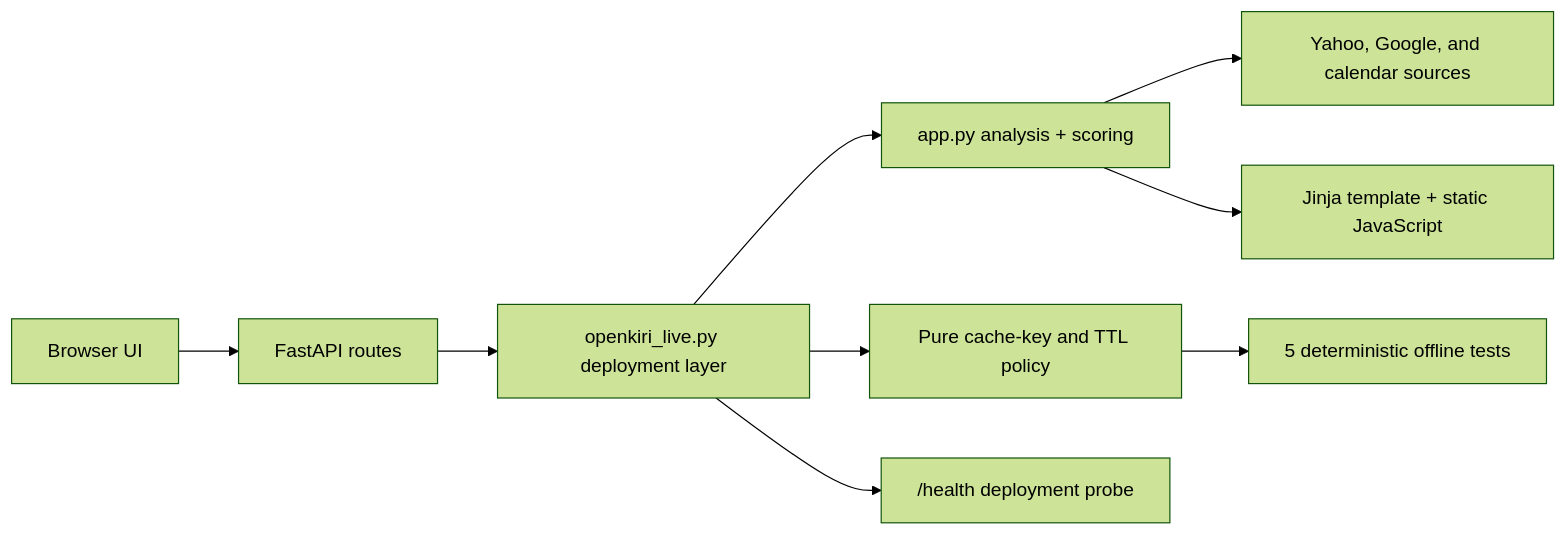
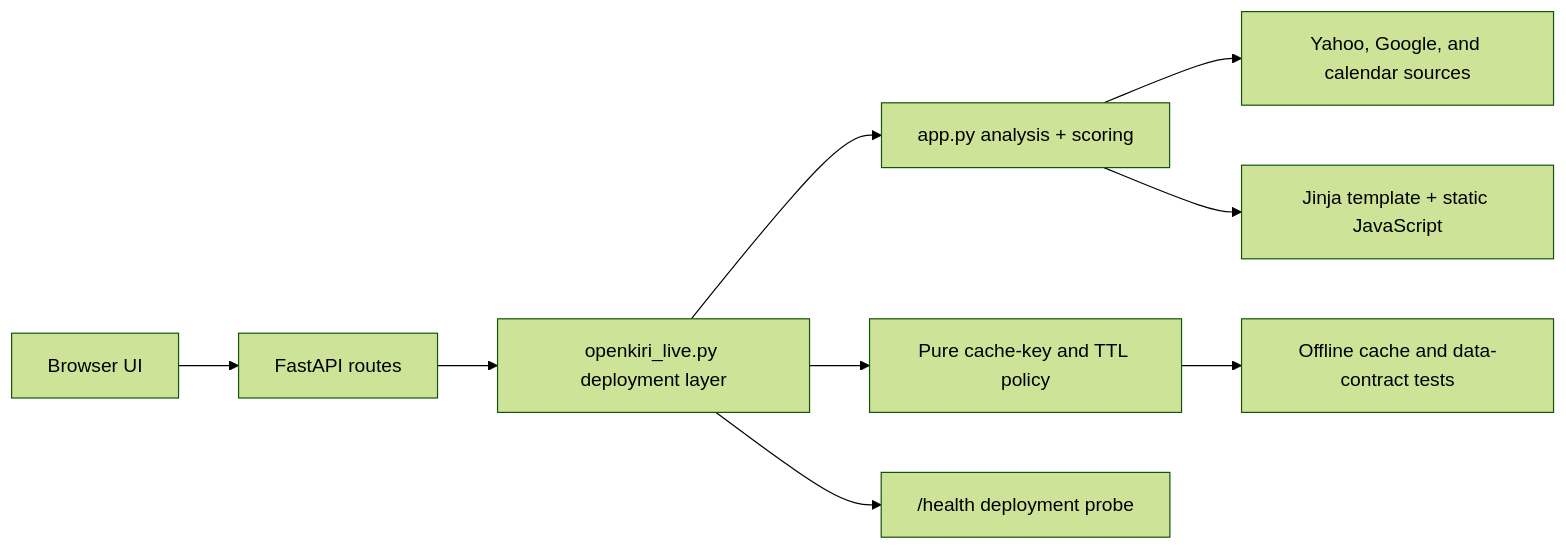
Before and after one commit to kdeppaei/stock-risk-radar: the diagram in README.md, drawn with Mermaid (forest theme). The commit also changed other lines of this file and 12 other files, not shown here.

````diff
--- a/README.md
+++ b/README.md
@@ -28,11 +31,11 @@
 ```mermaid
 flowchart LR
     B["Browser UI"] --> API["FastAPI routes"]
     API --> LIVE["openkiri_live.py deployment layer"]
     LIVE --> CORE["app.py analysis + scoring"]
     LIVE --> POLICY["Pure cache-key and TTL policy"]
     CORE --> UPSTREAM["Yahoo, Google, and calendar sources"]
     CORE --> VIEW["Jinja template + static JavaScript"]
-    POLICY --> TESTS["5 deterministic offline tests"]
+    POLICY --> TESTS["Offline cache and data-contract tests"]
     LIVE --> HEALTH["/health deployment probe"]
 ```
````
